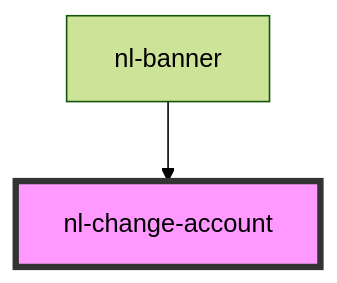
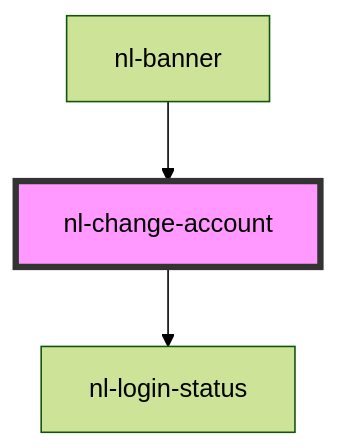
The diagram in packages/components/src/components/nl-change-account/readme.md (nostrband/nostr-login), drawn with Mermaid (forest theme) before and after one commit. The commit also changed other lines of this file and 12 other files, not shown here.

Commit message:
Fix texts, make nl-login-status, show extension under advanced if not available, fix nip05 reuse from profile

````diff
--- a/packages/components/src/components/nl-change-account/readme.md
+++ b/packages/components/src/components/nl-change-account/readme.md
@@ -31,5 +35,6 @@
 ```mermaid
 graph TD;
+  nl-change-account --> nl-login-status
   nl-banner --> nl-change-account
   style nl-change-account fill:#f9f,stroke:#333,stroke-width:4px
 ```
````
